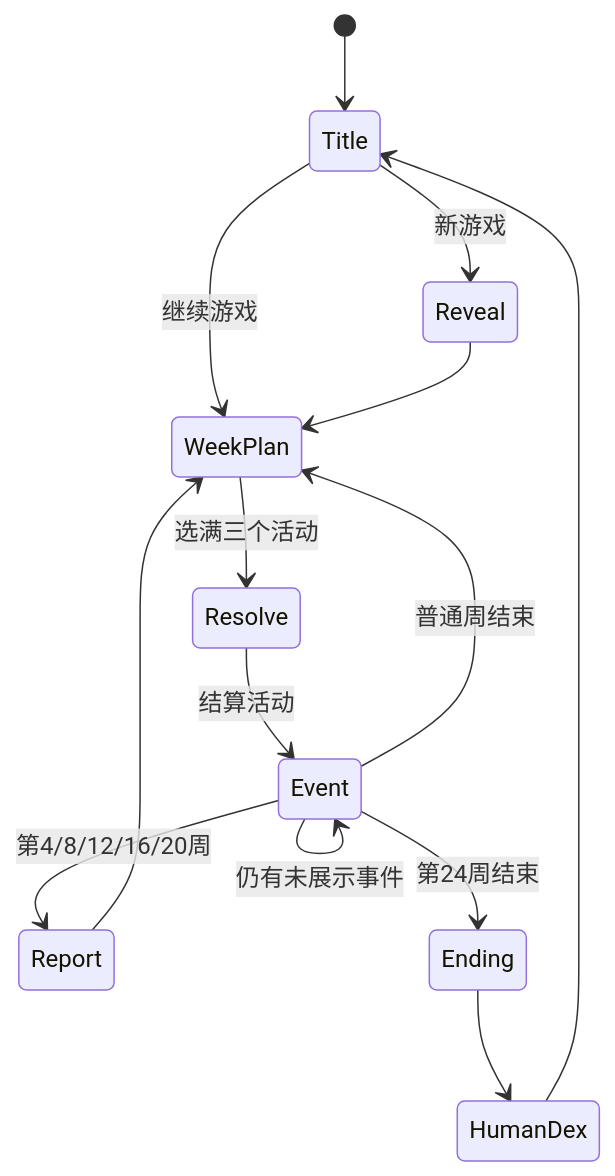
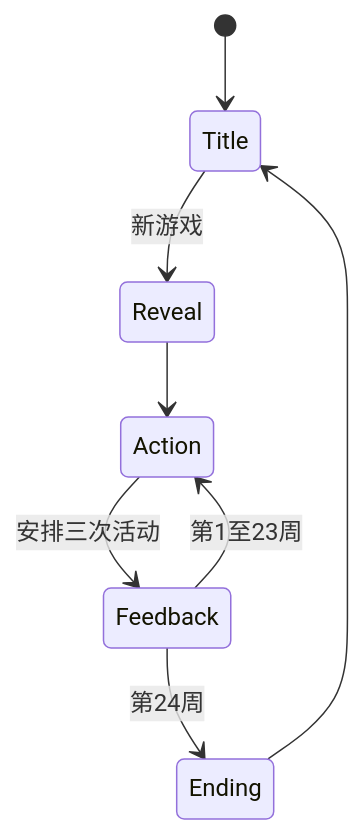
Before and after one commit to Sayaka-4987/Rising-Star-Maker: the diagram in plan.md, drawn with Mermaid. The commit also changed other lines of this file and 12 other files, not shown here.

````diff
--- a/plan.md
+++ b/plan.md
@@ -77,16 +56,10 @@
 ```mermaid
 stateDiagram-v2
     [*] --> Title
     Title --> Reveal: 新游戏
-    Title --> WeekPlan: 继续游戏
-    Reveal --> WeekPlan
-    WeekPlan --> Resolve: 选满三个活动
-    Resolve --> Event: 结算活动
-    Event --> Event: 仍有未展示事件
-    Event --> Report: 第4/8/12/16/20周
-    Event --> WeekPlan: 普通周结束
-    Event --> Ending: 第24周结束
-    Report --> WeekPlan
-    Ending --> HumanDex
-    HumanDex --> Title
+    Reveal --> Action
+    Action --> Feedback: 安排三次活动
+    Feedback --> Action: 第1至23周
+    Feedback --> Ending: 第24周
+    Ending --> Title
 ```
````
